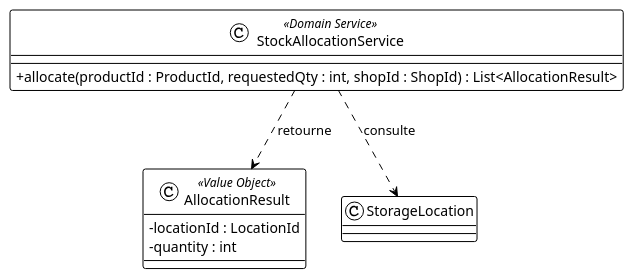
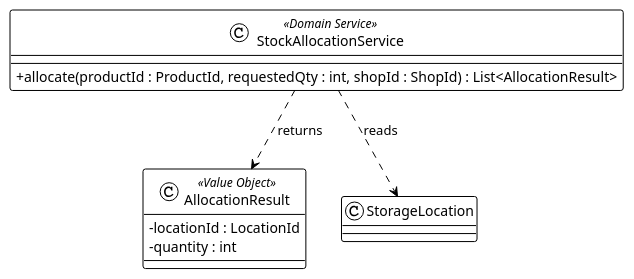
The first of 3 diagrams in antora-docs/modules/domain/pages/domain-services.adoc (aliCheikCheikh/auto-stock-management), drawn with PlantUML before and after one commit. The commit also changed other lines of this file and 542 other files, not shown here.

```diff
--- a/antora-docs/modules/domain/pages/domain-services.adoc
+++ b/antora-docs/modules/domain/pages/domain-services.adoc
@@ -26,21 +19,21 @@
 [plantuml]
 ----
 @startuml
 !theme plain
 skinparam backgroundColor transparent
 skinparam classAttributeIconSize 0
 
 class StockAllocationService <<Domain Service>> {
   + allocate(productId : ProductId, requestedQty : int, shopId : ShopId) : List<AllocationResult>
 }
 
 class AllocationResult <<Value Object>> {
   - locationId : LocationId
   - quantity : int
 }
 
-StockAllocationService ..> StorageLocation : consulte
-StockAllocationService ..> AllocationResult : retourne
+StockAllocationService ..> StorageLocation : reads
+StockAllocationService ..> AllocationResult : returns
 
 @enduml
 ----
```
